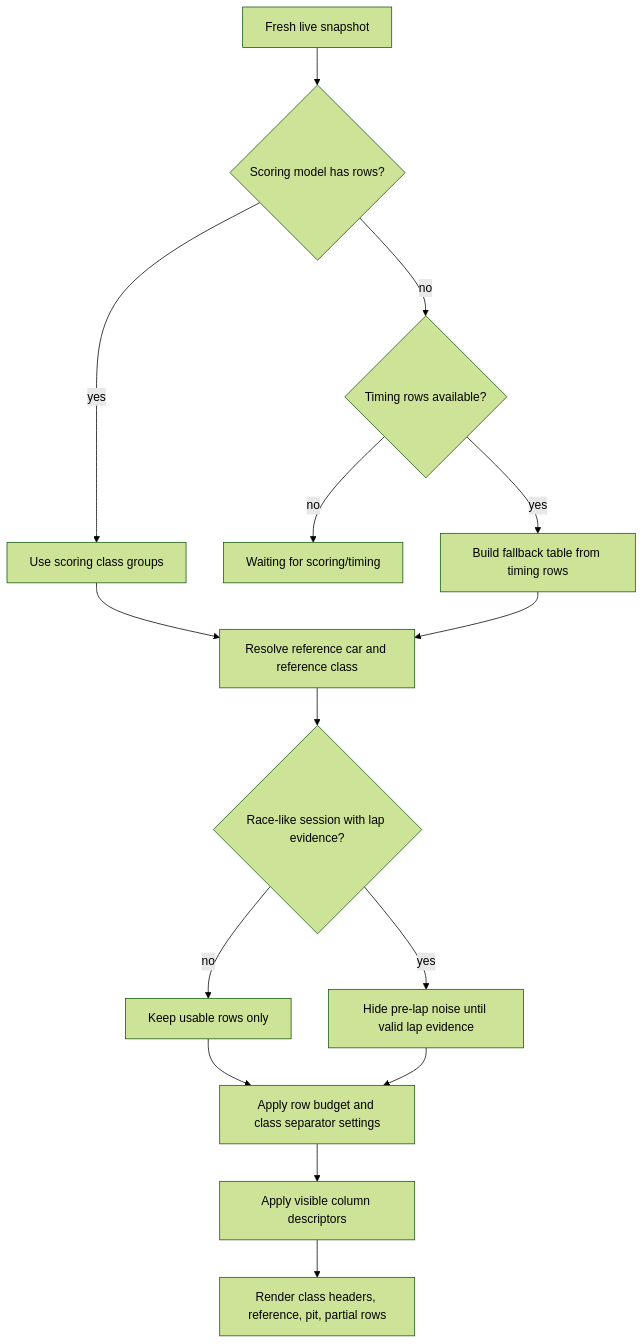
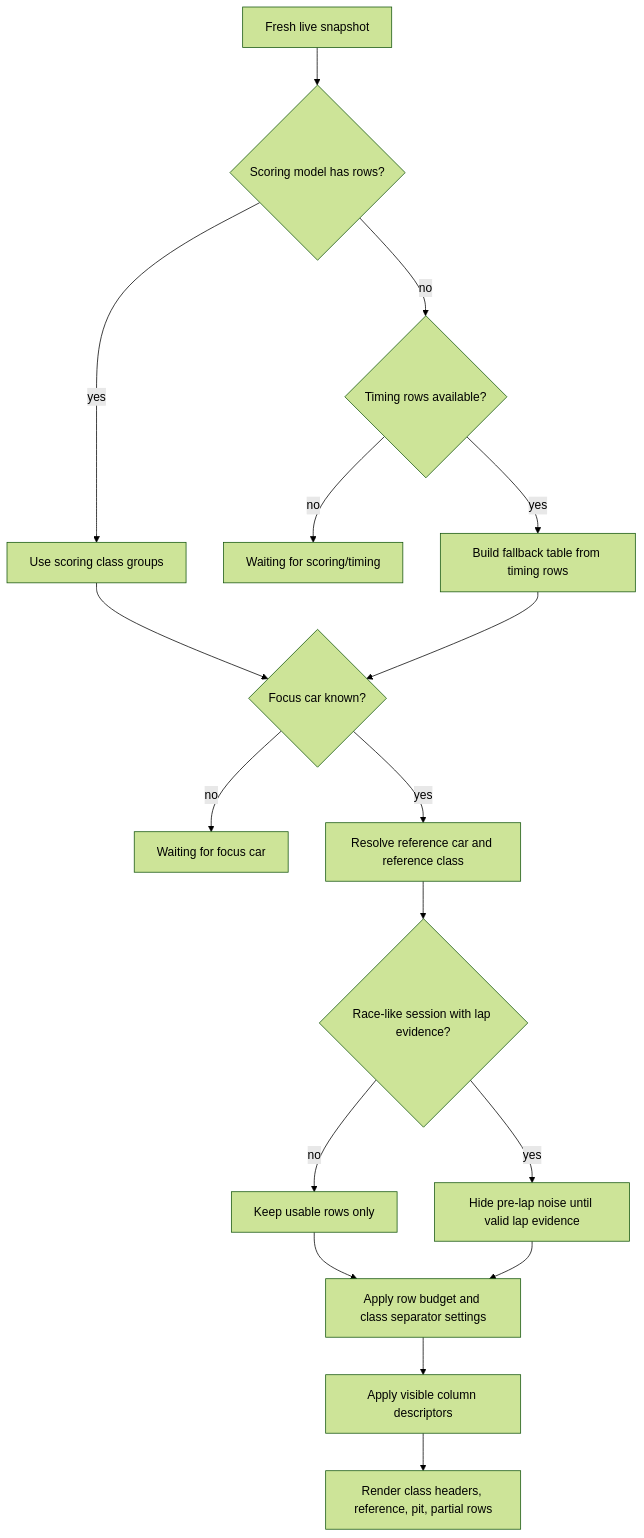
One commit to Boucher-David/tmrOverlay changed the third of 16 diagrams in docs/overlay-flow-diagrams.md. Above: the diagram before and after it, drawn with Mermaid (forest theme). The commit also changed other lines of this file and 49 other files, not shown here.

````diff
--- a/docs/overlay-flow-diagrams.md
+++ b/docs/overlay-flow-diagrams.md
@@ -41,17 +41,19 @@
 ```mermaid
 flowchart TD
     Start["Fresh live snapshot"] --> Data{"Scoring model has rows?"}
     Data -- yes --> Scoring["Use scoring class groups"]
     Data -- no --> Timing{"Timing rows available?"}
     Timing -- no --> Waiting["Waiting for scoring/timing"]
     Timing -- yes --> Fallback["Build fallback table from timing rows"]
-    Scoring --> Ref["Resolve reference car and reference class"]
-    Fallback --> Ref
+    Scoring --> Focus{"Focus car known?"}
+    Fallback --> Focus
+    Focus -- no --> FocusWait["Waiting for focus car"]
+    Focus -- yes --> Ref["Resolve reference car and reference class"]
     Ref --> RaceGate{"Race-like session with lap evidence?"}
     RaceGate -- no --> Filter["Keep usable rows only"]
     RaceGate -- yes --> LapRows["Hide pre-lap noise until valid lap evidence"]
     Filter --> Layout["Apply row budget and class separator settings"]
     LapRows --> Layout
     Layout --> Columns["Apply visible column descriptors"]
     Columns --> Render["Render class headers, reference, pit, partial rows"]
 ```
````
